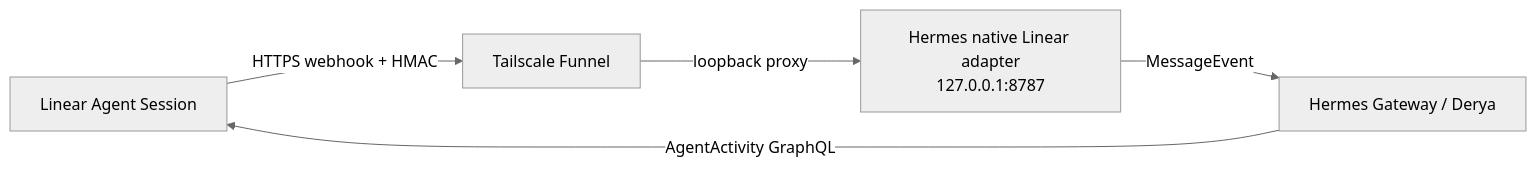
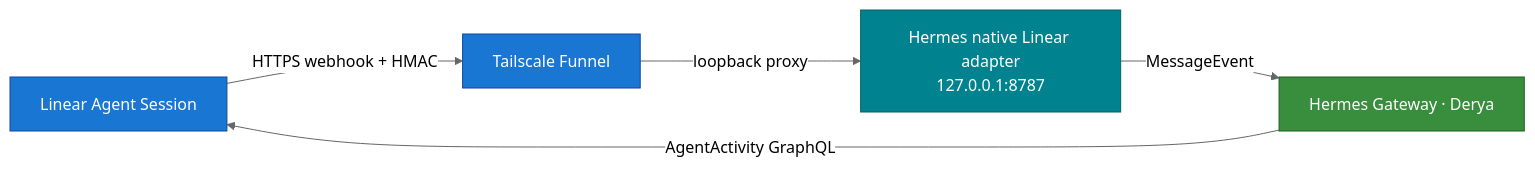
Before and after one commit to mpolatcan/hermes-setup: the diagram in integrations/linear-hermes-platform/README.md, drawn with Mermaid (neutral theme). The commit also changed other lines of this file and 11 other files, not shown here.

````diff
--- a/integrations/linear-hermes-platform/README.md
+++ b/integrations/linear-hermes-platform/README.md
@@ -7,7 +7,11 @@
 ```mermaid
 flowchart LR
-    L["Linear Agent Session"] -->|"HTTPS webhook + HMAC"| F["Tailscale Funnel"]
-    F -->|"loopback proxy"| A["Hermes native Linear adapter\n127.0.0.1:8787"]
-    A -->|"MessageEvent"| G["Hermes Gateway / Derya"]
+    L["Linear Agent Session"]:::net -->|"HTTPS webhook + HMAC"| F["Tailscale Funnel"]:::net
+    F -->|"loopback proxy"| A["Hermes native Linear adapter<br/>127.0.0.1:8787"]:::svc
+    A -->|"MessageEvent"| G["Hermes Gateway · Derya"]:::mini
     G -->|"AgentActivity GraphQL"| L
+
+    classDef net fill:#1976D2,stroke:#0D47A1,color:#fff
+    classDef svc fill:#00838F,stroke:#006064,color:#fff
+    classDef mini fill:#388E3C,stroke:#1B5E20,color:#fff
 ```
````
